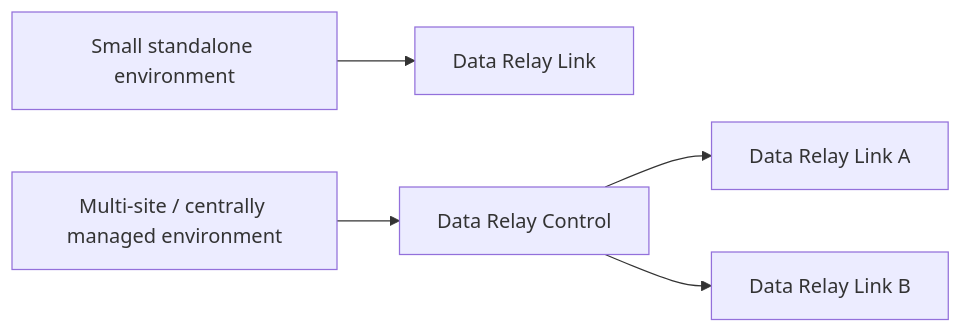
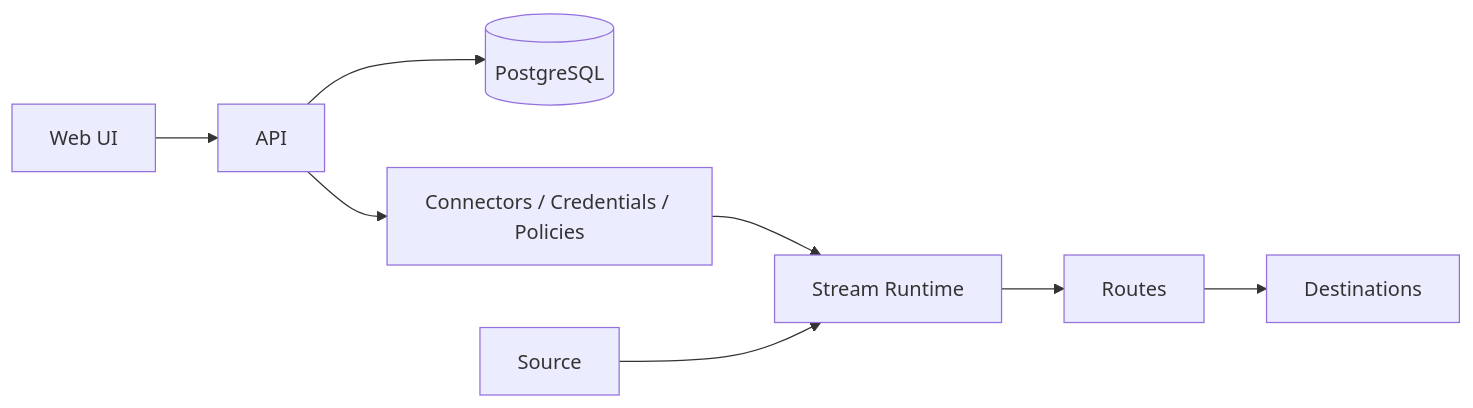
Before and after one commit to datarelay-labs/data-relay-docs: the second of 3 diagrams in platform/architecture.mdx, drawn with Mermaid. The commit also changed other lines of this file, not shown here.

Commit message:
docs: align platform architecture with current products

````diff
--- a/platform/architecture.mdx
+++ b/platform/architecture.mdx
@@ -39,7 +50,10 @@
 ```mermaid
 flowchart LR
-    S[Small standalone environment] --> L1[Data Relay Link]
-    M[Multi-site / centrally managed environment] --> C[Data Relay Control]
-    C --> L2[Data Relay Link A]
-    C --> L3[Data Relay Link B]
+    UI[Web UI] --> API[API]
+    API --> DB[(PostgreSQL)]
+    API --> CFG[Connectors / Credentials / Policies]
+    CFG --> RT[Stream Runtime]
+    S[Source] --> RT
+    RT --> R[Routes]
+    R --> D[Destinations]
 ```
````
